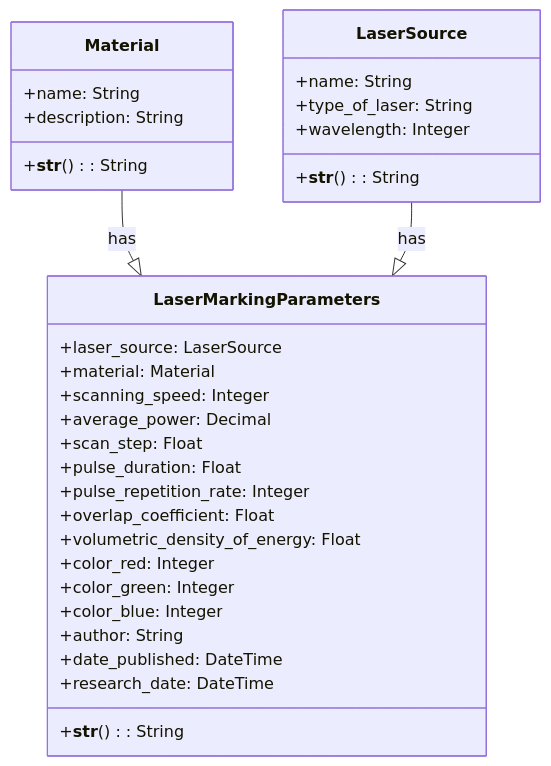
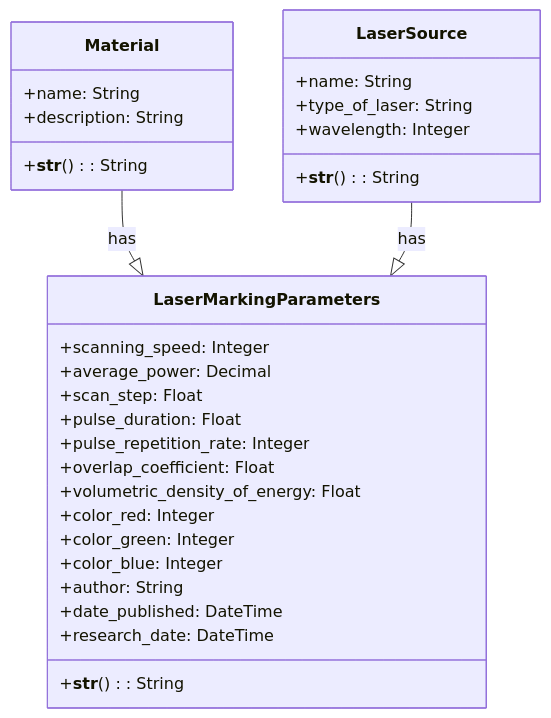
Before and after one commit to D-on3/laser_db: the diagram in README.md, drawn with Mermaid.

````diff
--- a/README.md
+++ b/README.md
@@ -1,39 +1,36 @@
 ```mermaid
 classDiagram
     class Material {
         +name: String
         +description: String
         +__str__(): String
     }
 
     class LaserSource {
         +name: String
         +type_of_laser: String
         +wavelength: Integer
         +__str__(): String
     }
 
     class LaserMarkingParameters {
-        +laser_source: LaserSource
-        +material: Material
         +scanning_speed: Integer
         +average_power: Decimal
         +scan_step: Float
         +pulse_duration: Float
         +pulse_repetition_rate: Integer
         +overlap_coefficient: Float
         +volumetric_density_of_energy: Float
         +color_red: Integer
         +color_green: Integer
         +color_blue: Integer
         +author: String
         +date_published: DateTime
         +research_date: DateTime
         +__str__(): String
     }
 
     Material --|> LaserMarkingParameters : has
     LaserSource --|> LaserMarkingParameters : has
 
-
 ```
````
